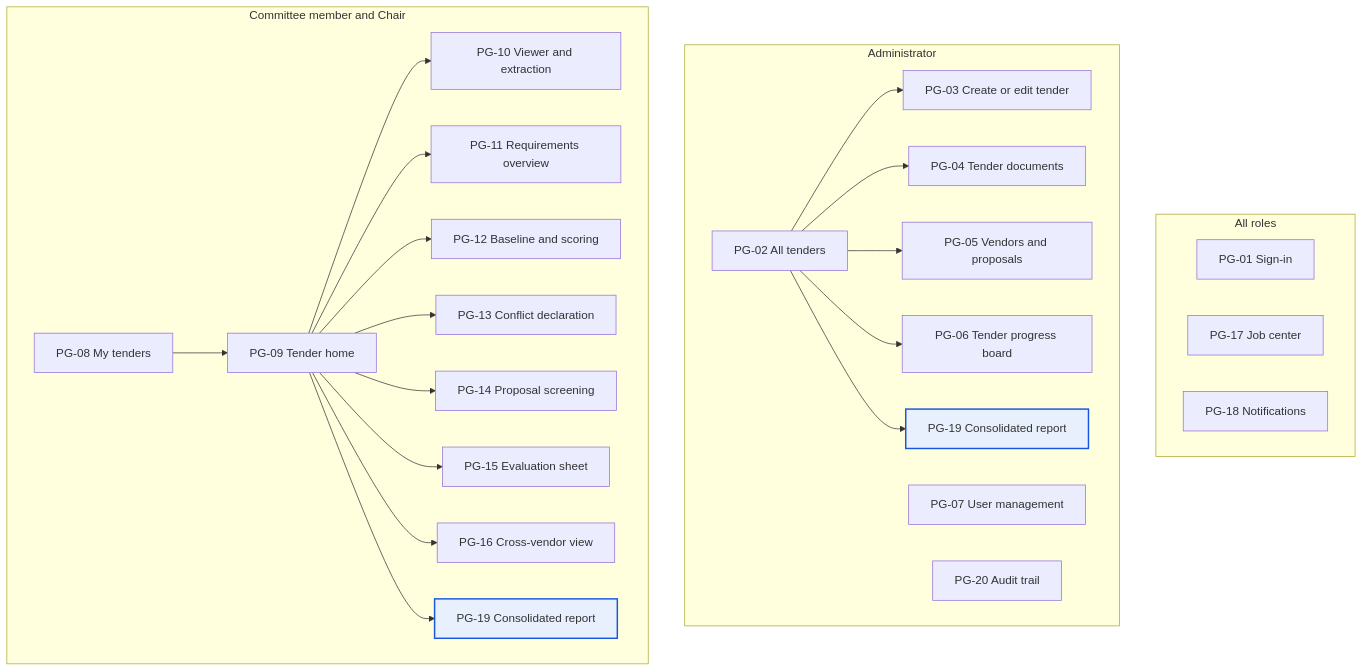
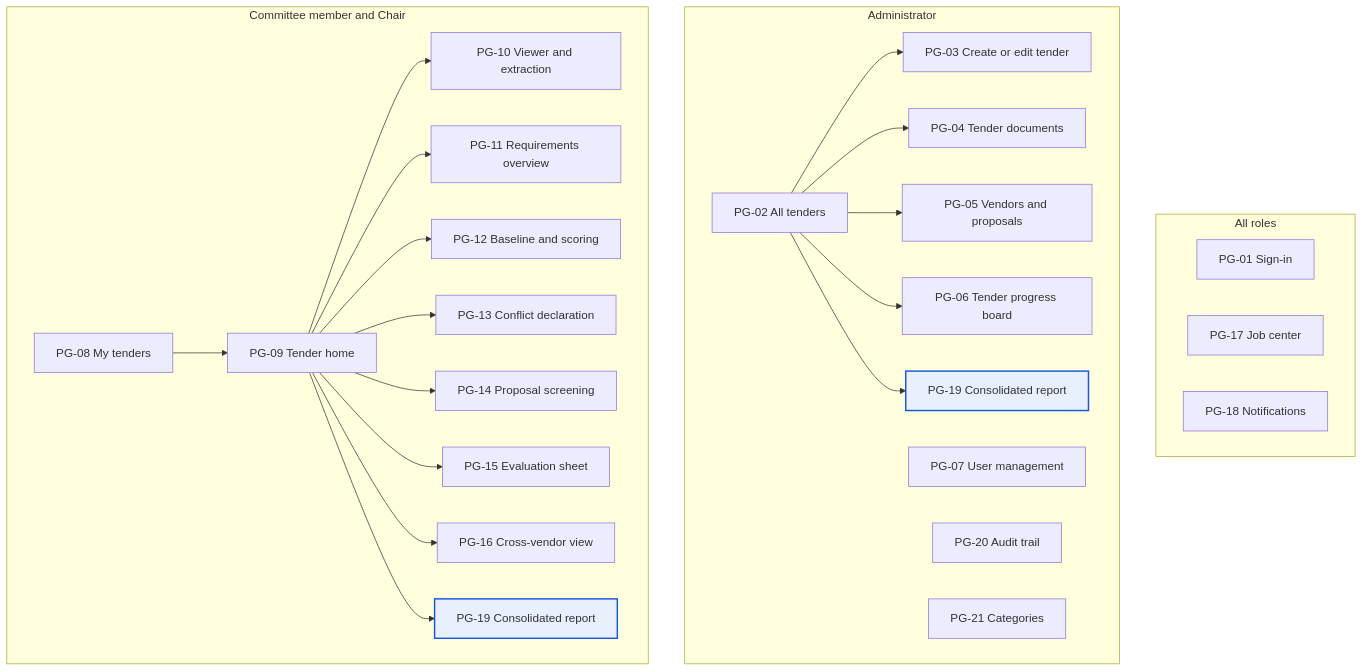
Before and after one commit to ahmedmohamedut/ai-tender-eval-platform: the first of 6 diagrams in docs/design/02-ux-design.md, drawn with Mermaid. The commit also changed other lines of this file and 13 other files, not shown here.

````diff
--- a/docs/design/02-ux-design.md
+++ b/docs/design/02-ux-design.md
@@ -62,46 +62,47 @@
 ```mermaid
 flowchart TB
     subgraph all["All roles"]
         pg01["PG-01 Sign-in"]
         pg17["PG-17 Job center"]
         pg18["PG-18 Notifications"]
     end
     subgraph admin["Administrator"]
         pg02["PG-02 All tenders"]
         pg03["PG-03 Create or edit tender"]
         pg04["PG-04 Tender documents"]
         pg05["PG-05 Vendors and proposals"]
         pg06["PG-06 Tender progress board"]
         pg19a["PG-19 Consolidated report"]
         pg07["PG-07 User management"]
         pg20["PG-20 Audit trail"]
+        pg21["PG-21 Categories"]
         pg02 --> pg03
         pg02 --> pg04
         pg02 --> pg05
         pg02 --> pg06
         pg02 --> pg19a
     end
     subgraph member["Committee member and Chair"]
         pg08["PG-08 My tenders"]
         pg09["PG-09 Tender home"]
         pg10["PG-10 Viewer and extraction"]
         pg11["PG-11 Requirements overview"]
         pg12["PG-12 Baseline and scoring"]
         pg13["PG-13 Conflict declaration"]
         pg14["PG-14 Proposal screening"]
         pg15["PG-15 Evaluation sheet"]
         pg16["PG-16 Cross-vendor view"]
         pg19m["PG-19 Consolidated report"]
         pg08 --> pg09
         pg09 --> pg10
         pg09 --> pg11
         pg09 --> pg12
         pg09 --> pg13
         pg09 --> pg14
         pg09 --> pg15
         pg09 --> pg16
         pg09 --> pg19m
     end
     classDef shared fill:#e8f0fe,stroke:#1a56db,stroke-width:2px
     class pg19a,pg19m shared
 ```
````
